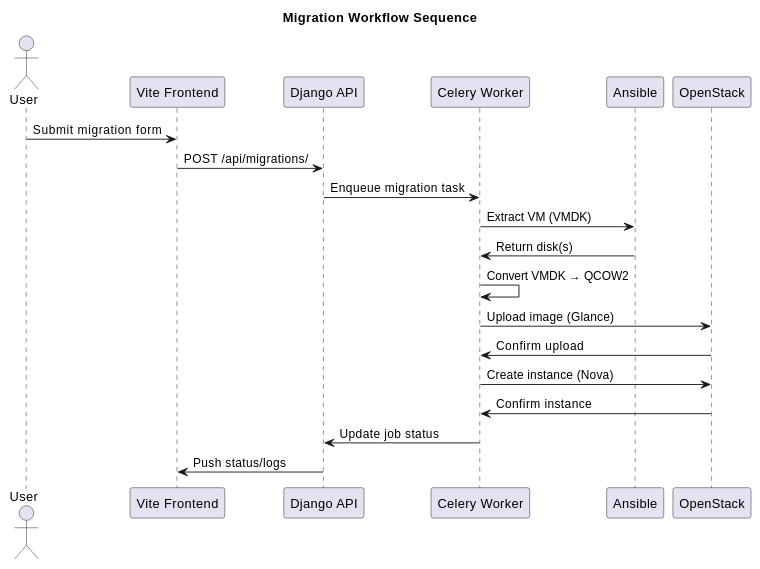
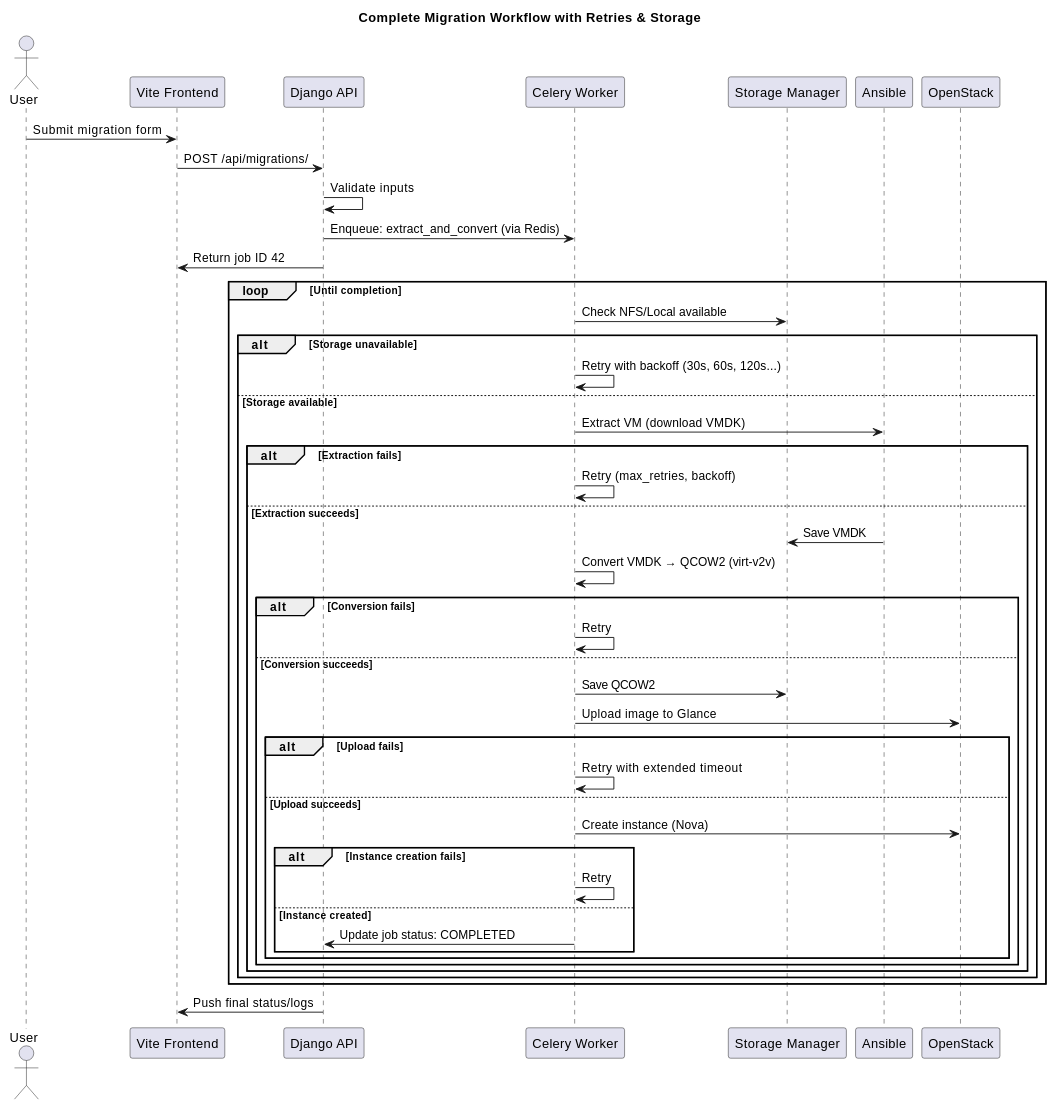
One commit to amineammari/Vmigrate changed diagram 15 of 17 in README.md. Above: the diagram before and after it, drawn with PlantUML. The commit also changed other lines of this file, not shown here.

````diff
--- a/README.md
+++ b/README.md
@@ -1015,26 +2356,51 @@
 ```plantuml
 @startuml
-title Migration Workflow Sequence
+title Complete Migration Workflow with Retries & Storage
 
 actor User
 participant "Vite Frontend" as FE
 participant "Django API" as API
 participant "Celery Worker" as Celery
+participant "Storage Manager" as Storage
 participant "Ansible" as Ansible
 participant "OpenStack" as OpenStack
 
 User -> FE: Submit migration form
 FE -> API: POST /api/migrations/
-API -> Celery: Enqueue migration task
-Celery -> Ansible: Extract VM (VMDK)
-Ansible -> Celery: Return disk(s)
-Celery -> Celery: Convert VMDK → QCOW2
-Celery -> OpenStack: Upload image (Glance)
-OpenStack -> Celery: Confirm upload
-Celery -> OpenStack: Create instance (Nova)
-OpenStack -> Celery: Confirm instance
-Celery -> API: Update job status
-API -> FE: Push status/logs
+API -> API: Validate inputs
+API -> Celery: Enqueue: extract_and_convert (via Redis)
+API -> FE: Return job ID 42
+loop Until completion
+  Celery -> Storage: Check NFS/Local available
+  alt Storage unavailable
+    Celery -> Celery: Retry with backoff (30s, 60s, 120s...)
+  else Storage available
+    Celery -> Ansible: Extract VM (download VMDK)
+    alt Extraction fails
+      Celery -> Celery: Retry (max_retries, backoff)
+    else Extraction succeeds
+      Ansible -> Storage: Save VMDK
+      Celery -> Celery: Convert VMDK → QCOW2 (virt-v2v)
+      alt Conversion fails
+        Celery -> Celery: Retry
+      else Conversion succeeds
+        Celery -> Storage: Save QCOW2
+        Celery -> OpenStack: Upload image to Glance
+        alt Upload fails
+          Celery -> Celery: Retry with extended timeout
+        else Upload succeeds
+          Celery -> OpenStack: Create instance (Nova)
+          alt Instance creation fails
+            Celery -> Celery: Retry
+          else Instance created
+            Celery -> API: Update job status: COMPLETED
+          end
+        end
+      end
+    end
+  end
+end
+API -> FE: Push final status/logs
 
 @enduml
 ```
````
